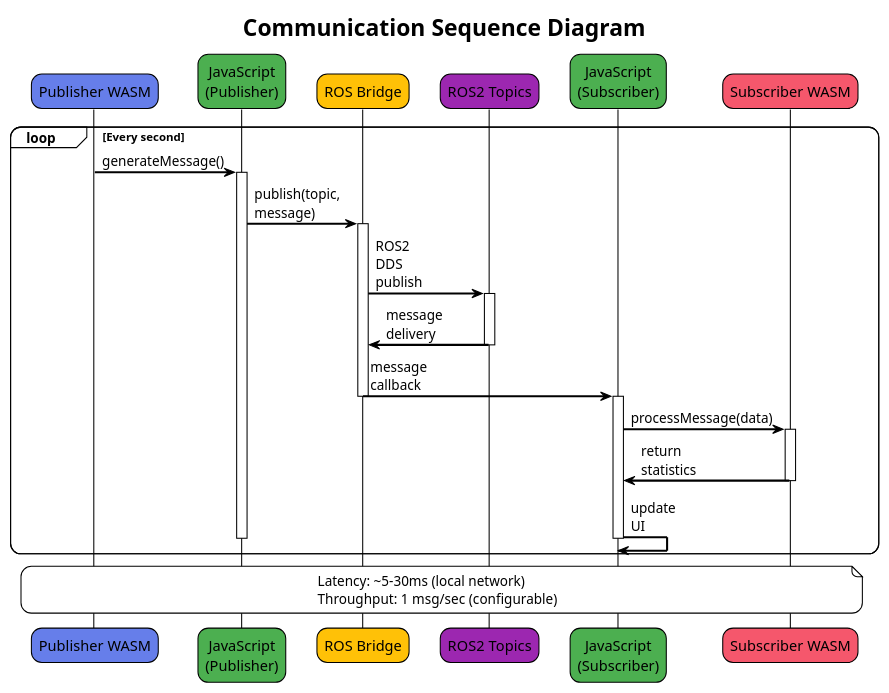
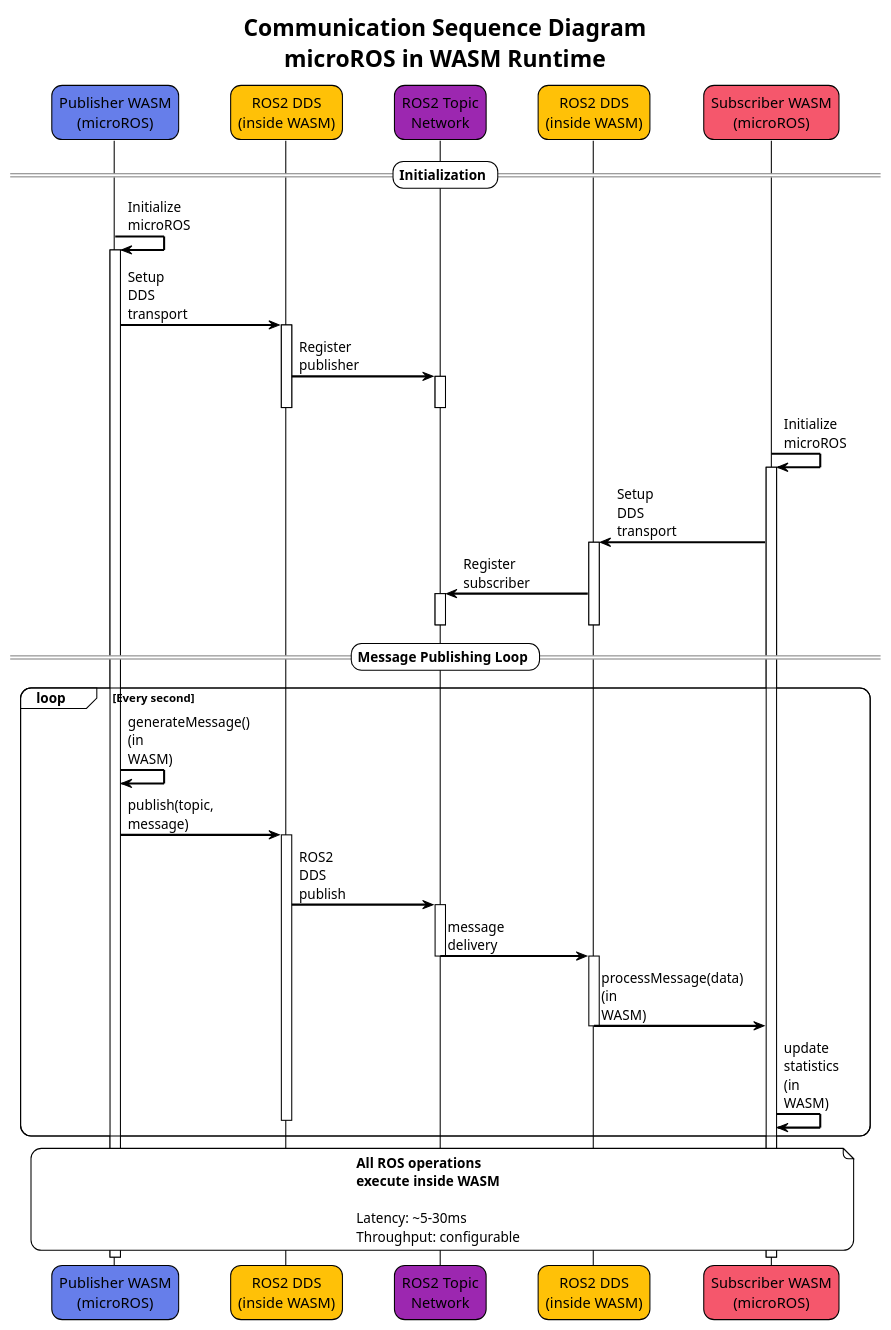
One commit to lucadagati/ros_wasm_example changed the diagram in diagrams/sequence.puml. Above: the diagram before and after it, drawn with PlantUML. The commit also changed 9 other files, not shown here.

First line of the commit message:
Fix UML diagrams: microROS runs INSIDE WASM runtime

```diff
--- a/diagrams/sequence.puml
+++ b/diagrams/sequence.puml
@@ -1,43 +1,60 @@
 @startuml Communication Sequence
 !theme plain
 skinparam backgroundColor #FFFFFF
 skinparam sequenceArrowThickness 2
 skinparam roundcorner 20
 skinparam maxmessagesize 60
+skinparam ParticipantPadding 20
 
-title Communication Sequence Diagram
+title Communication Sequence Diagram\nmicroROS in WASM Runtime
 
-participant "Publisher WASM" as P #667eea
-participant "JavaScript\n(Publisher)" as JS1 #4CAF50
-participant "ROS Bridge" as RB #FFC107
-participant "ROS2 Topics" as ROS #9C27B0
-participant "JavaScript\n(Subscriber)" as JS2 #4CAF50
-participant "Subscriber WASM" as S #f5576c
+participant "Publisher WASM\n(microROS)" as P #667eea
+participant "ROS2 DDS\n(inside WASM)" as DDS #FFC107
+participant "ROS2 Topic\nNetwork" as TOPIC #9C27B0
+participant "ROS2 DDS\n(inside WASM)" as DDS2 #FFC107
+participant "Subscriber WASM\n(microROS)" as S #f5576c
 
+== Initialization ==
+P -> P: Initialize microROS
+activate P
+P -> DDS: Setup DDS transport
+activate DDS
+DDS -> TOPIC: Register publisher
+activate TOPIC
+deactivate TOPIC
+deactivate DDS
+
+S -> S: Initialize microROS
+activate S
+S -> DDS2: Setup DDS transport
+activate DDS2
+DDS2 -> TOPIC: Register subscriber
+activate TOPIC
+deactivate TOPIC
+deactivate DDS2
+
+== Message Publishing Loop ==
 loop Every second
-    P -> JS1: generateMessage()
-    activate JS1
-    JS1 -> RB: publish(topic, message)
-    activate RB
-    RB -> ROS: ROS2 DDS publish
-    activate ROS
-    ROS -> RB: message delivery
-    deactivate ROS
-    RB -> JS2: message callback
-    deactivate RB
-    activate JS2
-    JS2 -> S: processMessage(data)
-    activate S
-    S -> JS2: return statistics
-    deactivate S
-    JS2 -> JS2: update UI
-    deactivate JS2
-    deactivate JS1
+    P -> P: generateMessage()\n(in WASM)
+    P -> DDS: publish(topic, message)
+    activate DDS
+    DDS -> TOPIC: ROS2 DDS publish
+    activate TOPIC
+    TOPIC -> DDS2: message delivery
+    deactivate TOPIC
+    activate DDS2
+    DDS2 -> S: processMessage(data)\n(in WASM)
+    deactivate DDS2
+    S -> S: update statistics\n(in WASM)
+    deactivate DDS
 end
 
 note over P, S
-  Latency: ~5-30ms (local network)
-  Throughput: 1 msg/sec (configurable)
+  **All ROS operations**
+  **execute inside WASM**
+  
+  Latency: ~5-30ms
+  Throughput: configurable
 end note
 
 @enduml
```
